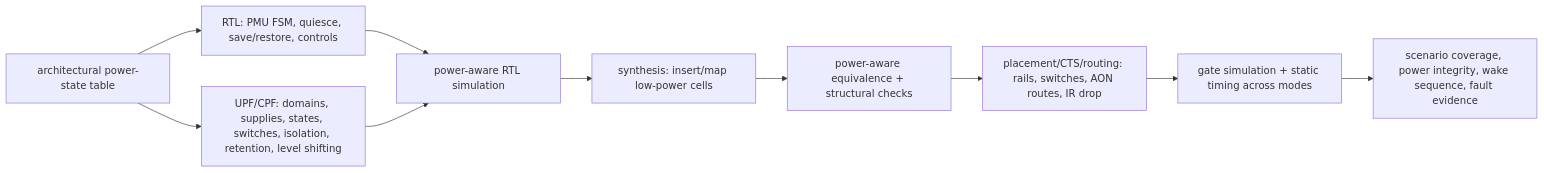
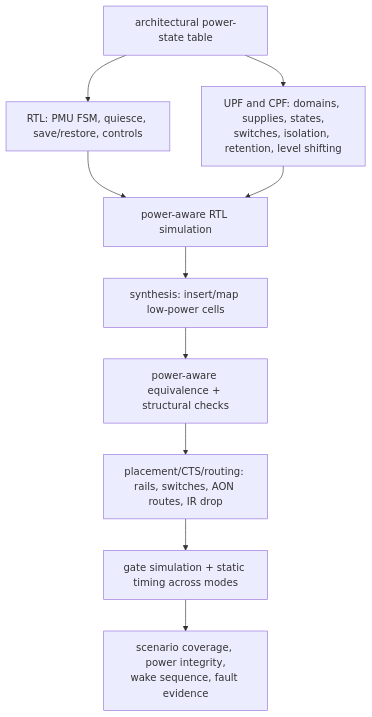
The seventh of 9 diagrams in 01_Architecture_and_PPA/04_SoC_and_Chiplet_Architecture/00_Design_Methodology/02_SoC_Chiplet_PPA_and_Physical_Implementation.md (Wty2003328/silicon-design-notebook), drawn with Mermaid before and after one commit. The commit also changed other lines of this file and 125 other files, not shown here.

First line of the commit message:
Complete the AMBA family, refresh the learning path, and make every figure and formula actually render

````diff
--- a/01_Architecture_and_PPA/04_SoC_and_Chiplet_Architecture/00_Design_Methodology/02_SoC_Chiplet_PPA_and_Physical_Implementation.md
+++ b/01_Architecture_and_PPA/04_SoC_and_Chiplet_Architecture/00_Design_Methodology/02_SoC_Chiplet_PPA_and_Physical_Implementation.md
@@ -316,12 +323,12 @@
 ```mermaid
-flowchart LR
+flowchart TD
     Req["architectural power-state table"] --> RTL["RTL: PMU FSM, quiesce, save/restore, controls"]
-    Req --> Intent["UPF/CPF: domains, supplies, states, switches, isolation, retention, level shifting"]
+    Req --> Intent["UPF and CPF: domains, supplies, states,<br/>switches, isolation, retention, level shifting"]
     RTL --> PA["power-aware RTL simulation"]
     Intent --> PA
     PA --> Syn["synthesis: insert/map low-power cells"]
     Syn --> Equiv["power-aware equivalence + structural checks"]
     Equiv --> PnR["placement/CTS/routing: rails, switches, AON routes, IR drop"]
     PnR --> Gate["gate simulation + static timing across modes"]
-    Gate --> Signoff["scenario coverage, power integrity, wake sequence, fault evidence"]
+    Gate --> Signoff["scenario coverage, power integrity,<br/>wake sequence, fault evidence"]
 ```
````
